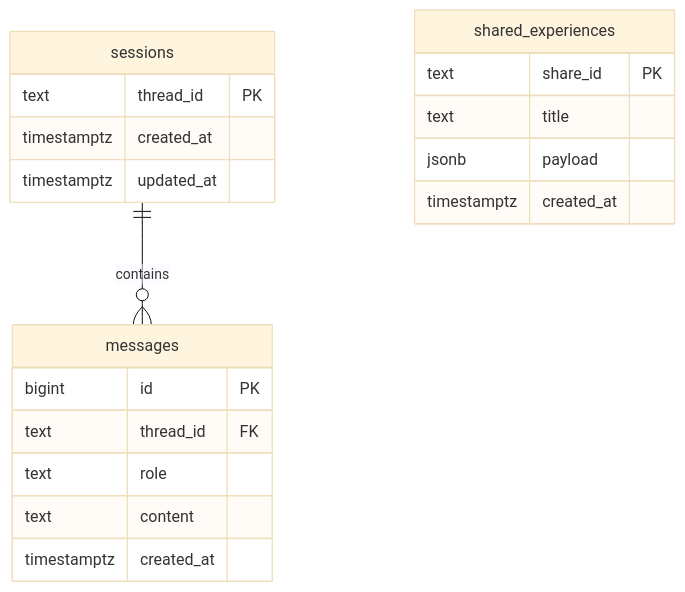
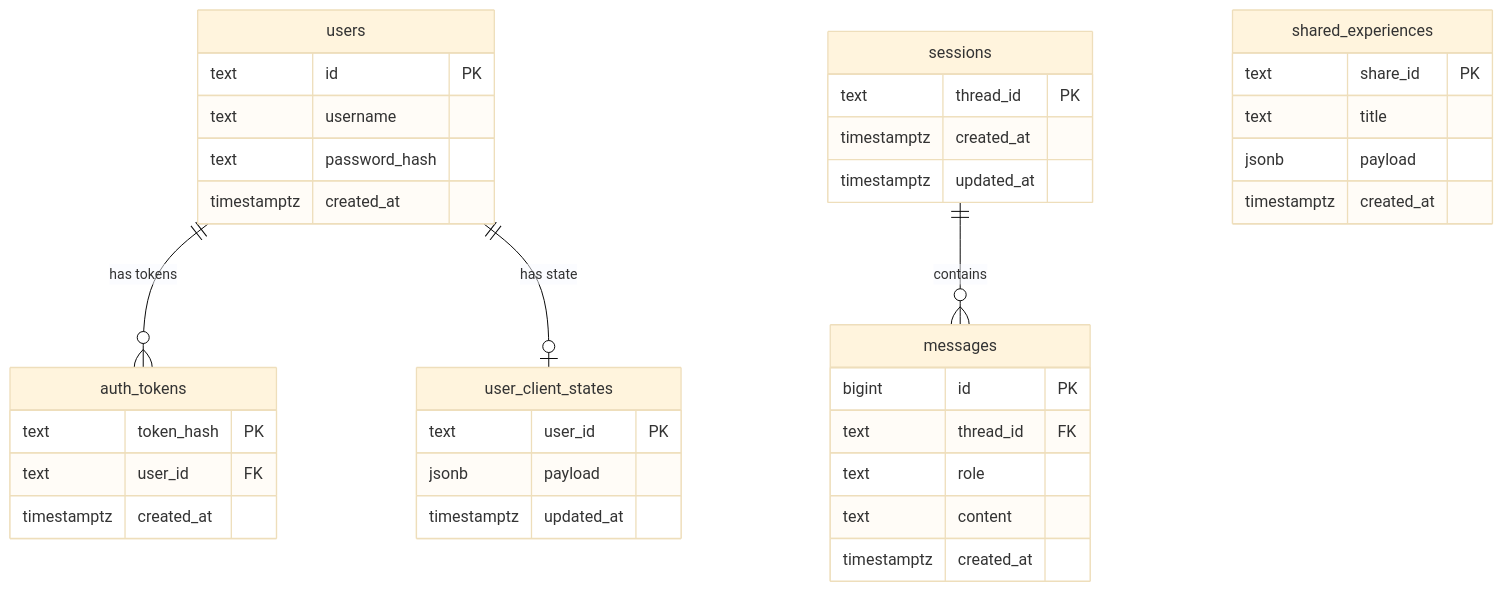
Before and after one commit to giakhanhhii/TeachlyAI: the second of 2 diagrams in ARCHITECTURE.md, drawn with Mermaid (base theme). The commit also changed other lines of this file and 4 other files, not shown here.

````diff
--- a/ARCHITECTURE.md
+++ b/ARCHITECTURE.md
@@ -240,25 +273,46 @@
 ```mermaid
 erDiagram
+    users {
+        text id PK
+        text username
+        text password_hash
+        timestamptz created_at
+    }
+
+    auth_tokens {
+        text token_hash PK
+        text user_id FK
+        timestamptz created_at
+    }
+
+    user_client_states {
+        text user_id PK
+        jsonb payload
+        timestamptz updated_at
+    }
+
     sessions {
         text thread_id PK
         timestamptz created_at
         timestamptz updated_at
     }
 
     messages {
         bigint id PK
         text thread_id FK
         text role
         text content
         timestamptz created_at
     }
 
     shared_experiences {
         text share_id PK
         text title
         jsonb payload
         timestamptz created_at
     }
 
+    users ||--o{ auth_tokens : "has tokens"
+    users ||--o| user_client_states : "has state"
     sessions ||--o{ messages : contains
 ```
````
